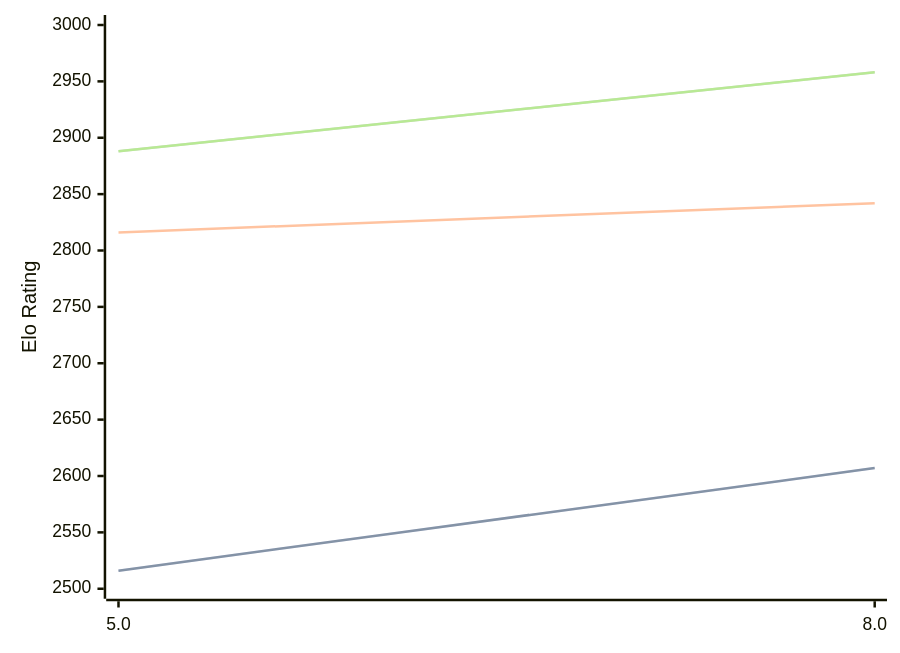
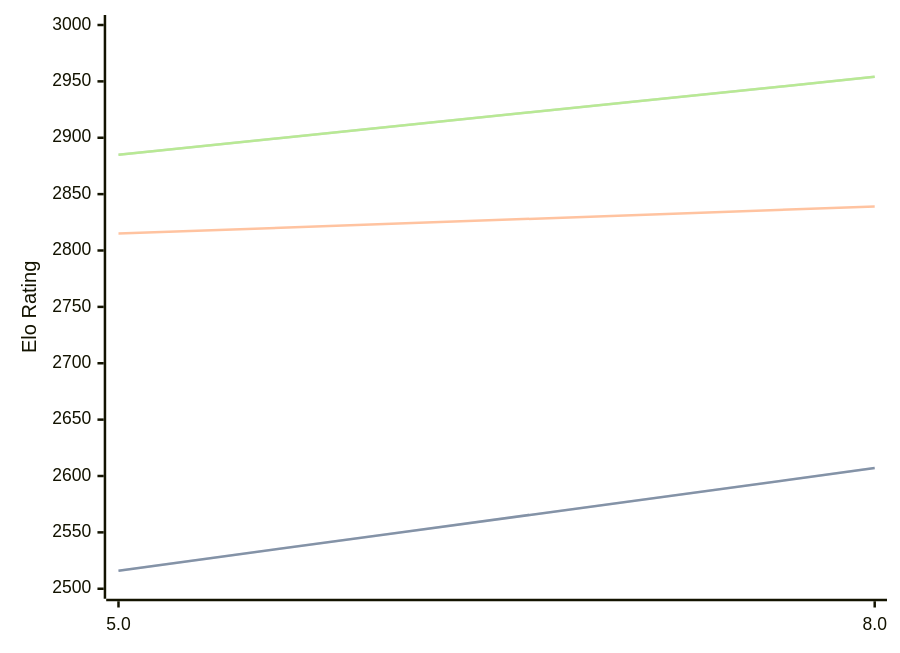
One commit to computer-chess-index/cci changed the diagram in engines/4kc.md. Above: the diagram before and after it, drawn with Mermaid. The commit also changed other lines of this file, not shown here.

Commit message:
Update CCI Ratings (ELO VLTC) - 2026-03-31

````diff
--- a/engines/4kc.md
+++ b/engines/4kc.md
@@ -41,11 +41,11 @@
 ```mermaid
 %%{init: {"theme":"base","themeVariables":{"seriesColors:['#a3a3a3','#222221','#faa371']}}}%%
 xychart-beta
   x-axis ["5.0", "8.0"]
   y-axis "Elo Rating" 2500 --> 3000
   line "STC (8.0+0.08s)" [2516, 2607]
   line "STC (8.0+0.08s)" [2516, 2607]
-  line "LTC (60.0+0.60s)" [2816, 2842]
-  line "VLTC (2m24s+1.12s)" [2888, 2958]
-  line "VLTC (2m24s+1.12s)" [2888, 2958]
+  line "LTC (60.0+0.60s)" [2815, 2839]
+  line "VLTC (2m24s+1.12s)" [2885, 2954]
+  line "VLTC (2m24s+1.12s)" [2885, 2954]
 ```
````
